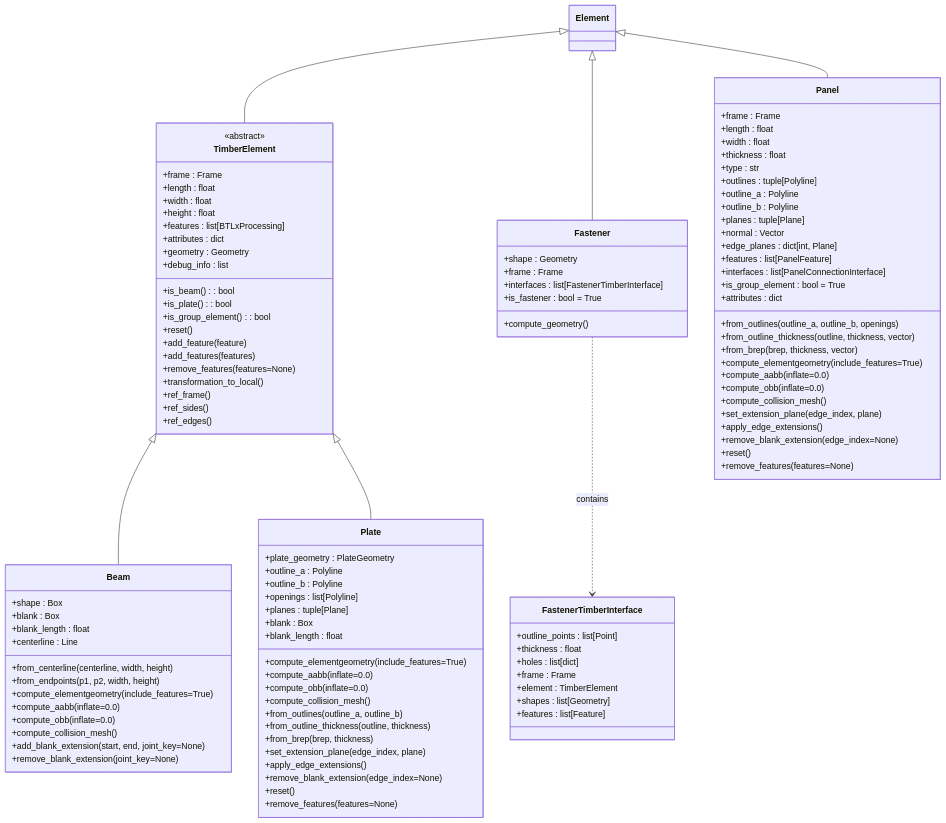
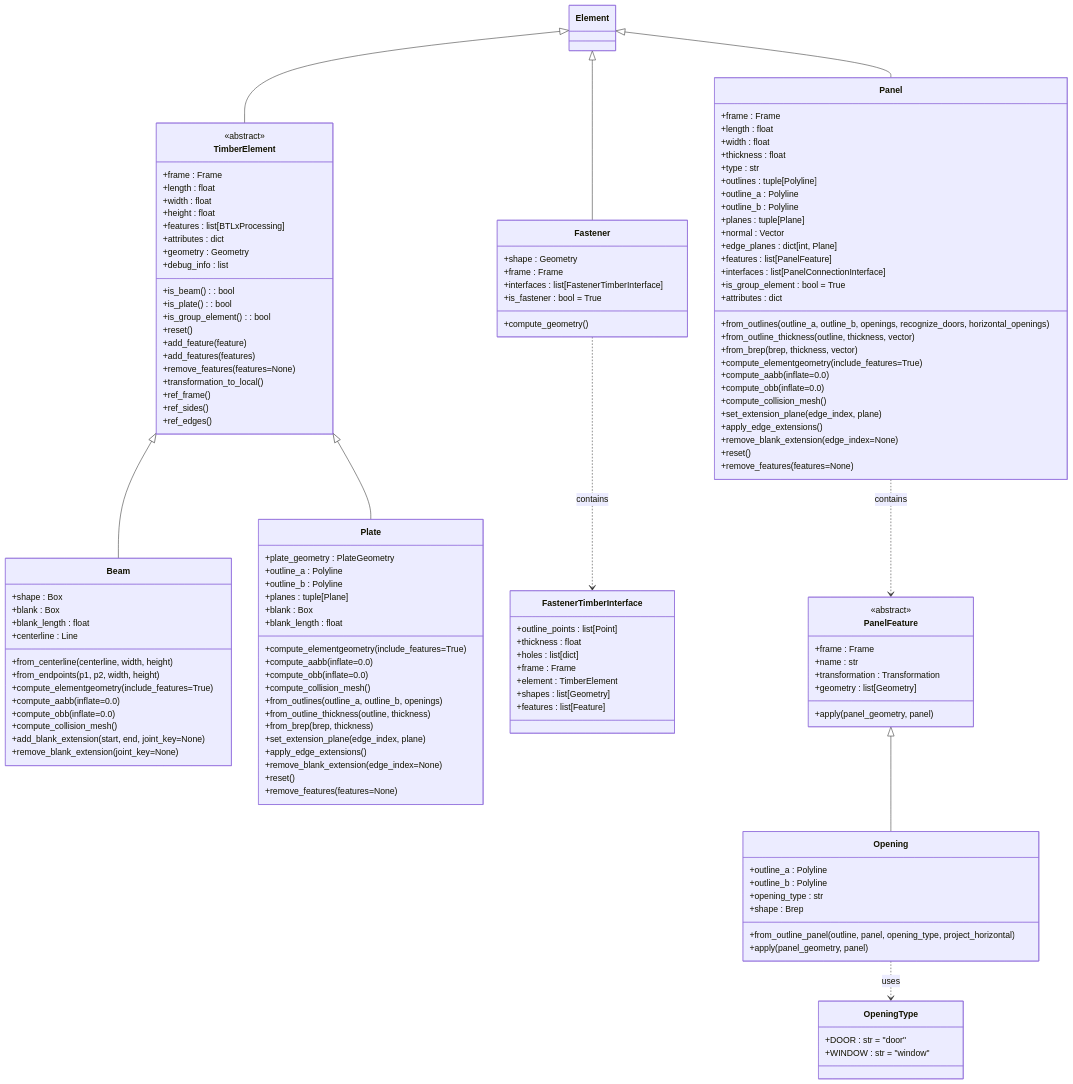
Before and after one commit to gramaziokohler/compas_timber: the first of 4 diagrams in docs/contribution/class_diagrams.md, drawn with Mermaid. The commit also changed 1 other file, not shown here.

Commit message:
Changelog, class_diagrams

````diff
--- a/docs/contribution/class_diagrams.md
+++ b/docs/contribution/class_diagrams.md
@@ -53,7 +53,6 @@
          +plate_geometry : PlateGeometry
          +outline_a : Polyline
          +outline_b : Polyline
-         +openings : list[Polyline]
          +planes : tuple[Plane]
          +blank : Box
          +blank_length : float
@@ -61,7 +60,7 @@
          +compute_aabb(inflate=0.0)
          +compute_obb(inflate=0.0)
          +compute_collision_mesh()
-         +from_outlines(outline_a, outline_b)
+         +from_outlines(outline_a, outline_b, openings)
          +from_outline_thickness(outline, thickness)
          +from_brep(brep, thickness)
          +set_extension_plane(edge_index, plane)
@@ -107,7 +106,7 @@
          +interfaces : list[PanelConnectionInterface]
          +is_group_element : bool = True
          +attributes : dict
-         +from_outlines(outline_a, outline_b, openings)
+         +from_outlines(outline_a, outline_b, openings, recognize_doors, horizontal_openings)
          +from_outline_thickness(outline, thickness, vector)
          +from_brep(brep, thickness, vector)
          +compute_elementgeometry(include_features=True)
@@ -121,13 +120,39 @@
          +remove_features(features=None)
       }
 
+      class PanelFeature {
+         <<abstract>>
+         +frame : Frame
+         +name : str
+         +transformation : Transformation
+         +geometry : list[Geometry]
+         +apply(panel_geometry, panel)
+      }
+
+      class Opening {
+         +outline_a : Polyline
+         +outline_b : Polyline
+         +opening_type : str
+         +shape : Brep
+         +from_outline_panel(outline, panel, opening_type, project_horizontal)
+         +apply(panel_geometry, panel)
+      }
+
+      class OpeningType {
+         +DOOR : str = "door"
+         +WINDOW : str = "window"
+      }
+
       %% Inheritance relationships
       Element <|-- TimberElement
       TimberElement <|-- Beam
       TimberElement <|-- Plate
       Element <|-- Panel
       Element <|-- Fastener
+      PanelFeature <|-- Opening
 
       %% Composition relationships
       Fastener ..> FastenerTimberInterface : contains
+      Panel ..> PanelFeature : contains
+      Opening ..> OpeningType : uses
 ```
````
